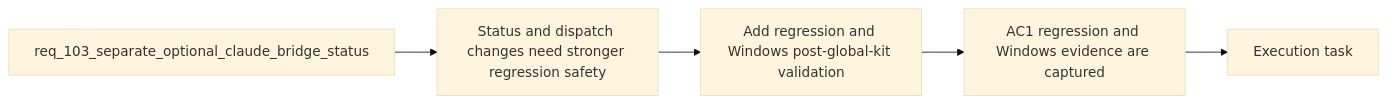
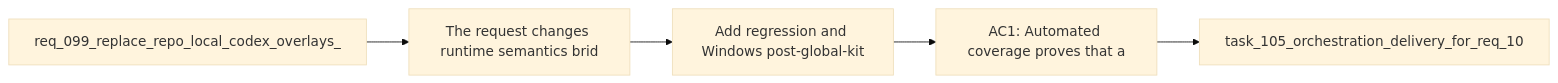
The diagram in logics/backlog/item_183_add_regression_and_windows_post_global_kit_validation_for_hybrid_runtime_status_and_dispatch_expansion.md (AlexAgo83/logics-manager), drawn with Mermaid (base theme) before and after one commit. The commit also changed 481 other files, not shown here.

````diff
--- a/logics/backlog/item_183_add_regression_and_windows_post_global_kit_validation_for_hybrid_runtime_status_and_dispatch_expansion.md
+++ b/logics/backlog/item_183_add_regression_and_windows_post_global_kit_validation_for_hybrid_runtime_status_and_dispatch_expansion.md
@@ -28,9 +28,9 @@
 ```mermaid
 %% logics-kind: backlog
 %% logics-signature: backlog|add-regression-and-windows-post-global-k|req-099-replace-repo-local-codex-overlay|the-request-changes-runtime-semantics-br|ac1-automated-coverage-proves-that-a
 flowchart LR
-    Request[req_103_separate_optional_claude_bridge_status] --> Problem[Status and dispatch changes need stronger regression safety]
-    Problem --> Scope[Add regression and Windows post-global-kit validation]
-    Scope --> Acceptance[AC1 regression and Windows evidence are captured]
-    Acceptance --> Tasks[Execution task]
+    Request[req_099_replace_repo_local_codex_overlays_] --> Problem[The request changes runtime semantics brid]
+    Problem --> Scope[Add regression and Windows post-global-kit]
+    Scope --> Acceptance[AC1: Automated coverage proves that a]
+    Acceptance --> Tasks[task_105_orchestration_delivery_for_req_10]
 ```
````
